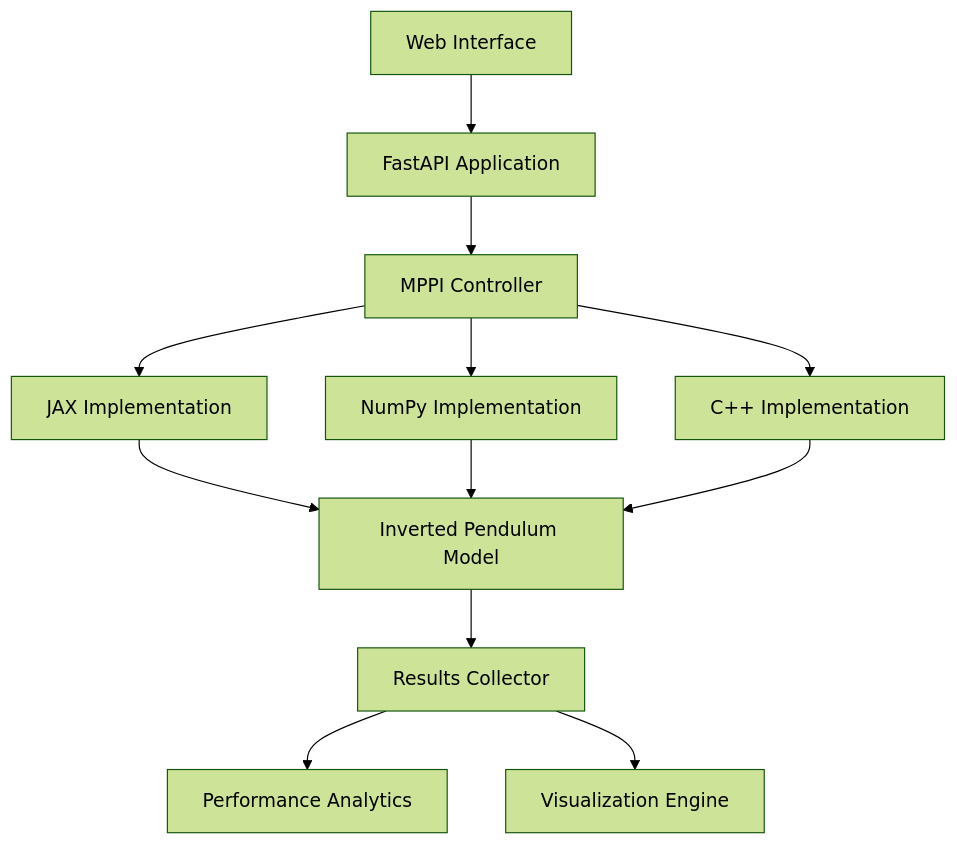
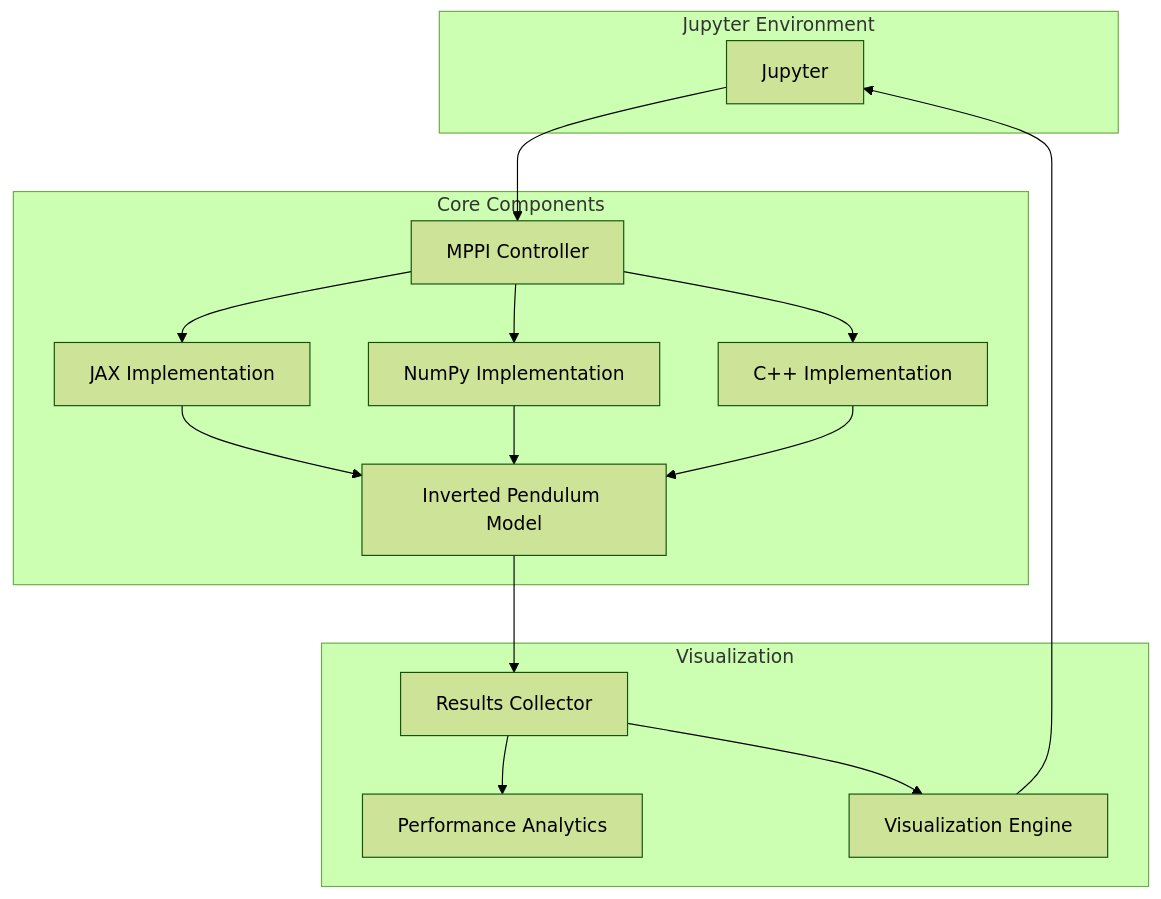
Before and after one commit to domozhakova-valentina/MPPI_advanced_python_project: the diagram in README.md, drawn with Mermaid (forest theme). The commit also changed other lines of this file, not shown here.

````diff
--- a/README.md
+++ b/README.md
@@ -89,14 +87,32 @@
 ```mermaid
 graph TB
-    A[Web Interface] --> B[FastAPI Application]
-    B --> C[MPPI Controller]
-    C --> D[JAX Implementation]
-    C --> E[NumPy Implementation]
-    C --> F[C++ Implementation]
-    D --> G[Inverted Pendulum Model]
-    E --> G
-    F --> G
-    G --> H[Results Collector]
-    H --> I[Performance Analytics]
-    H --> J[Visualization Engine]
+    A[Jupyter] --> B[MPPI Controller]
+    B --> C[JAX Implementation]
+    B --> D[NumPy Implementation]
+    B --> E[C++ Implementation]
+    C --> F[Inverted Pendulum Model]
+    D --> F
+    E --> F
+    F --> G[Results Collector]
+    G --> H[Performance Analytics]
+    G --> I[Visualization Engine]
+    I --> A
+
+subgraph "Jupyter Environment"
+        A
+    end
+    
+    subgraph "Core Components"
+        B
+        C
+        D
+        E
+        F
+    end
+    
+    subgraph "Visualization"
+        G
+        H
+        I
+    end
 ```
````
